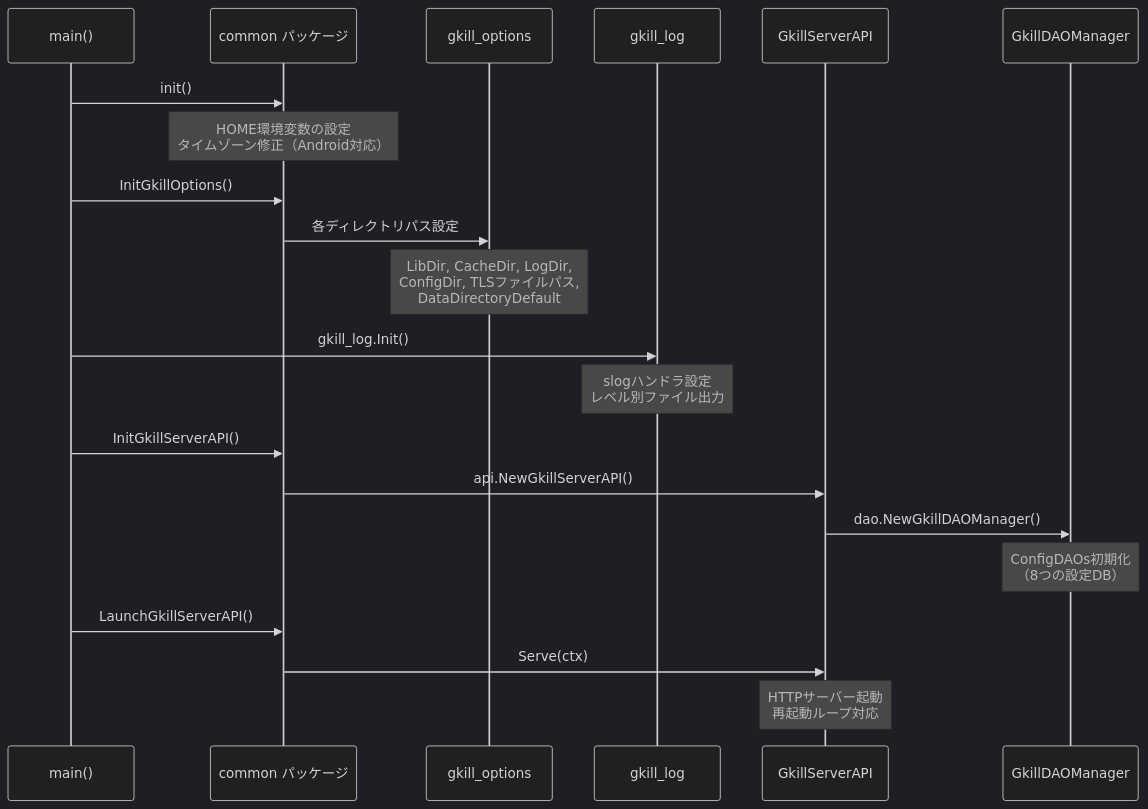
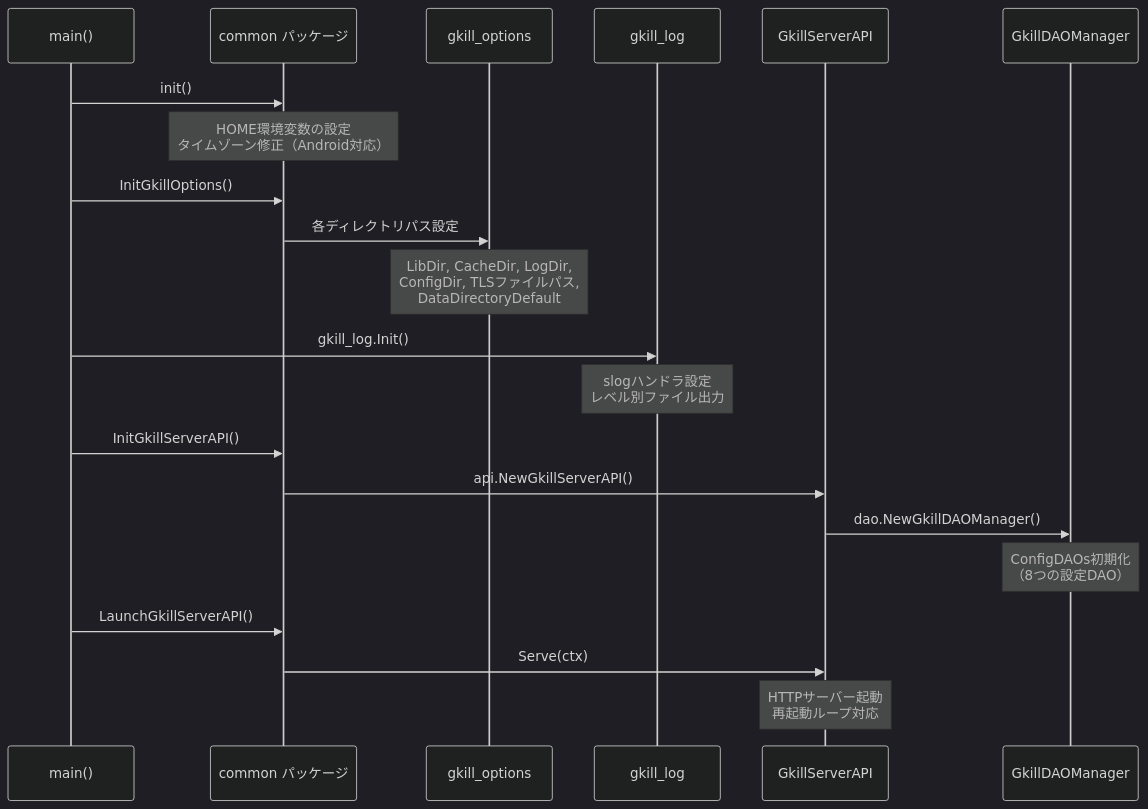
One commit to mt3hr/gkill changed the first of 7 diagrams in documents/reverse/program-spec.md. Above: the diagram before and after it, drawn with Mermaid (dark theme). The commit also changed other lines of this file and 24 other files, not shown here.

````diff
--- a/documents/reverse/program-spec.md
+++ b/documents/reverse/program-spec.md
@@ -22,28 +22,28 @@
 ```mermaid
 sequenceDiagram
     participant Main as main()
     participant Common as common パッケージ
     participant Options as gkill_options
     participant Log as gkill_log
     participant API as GkillServerAPI
     participant DAO as GkillDAOManager
 
     Main->>Common: init()
     Note over Common: HOME環境変数の設定<br/>タイムゾーン修正（Android対応）
 
     Main->>Common: InitGkillOptions()
     Common->>Options: 各ディレクトリパス設定
     Note over Options: LibDir, CacheDir, LogDir,<br/>ConfigDir, TLSファイルパス,<br/>DataDirectoryDefault
 
     Main->>Log: gkill_log.Init()
     Note over Log: slogハンドラ設定<br/>レベル別ファイル出力
 
     Main->>Common: InitGkillServerAPI()
     Common->>API: api.NewGkillServerAPI()
     API->>DAO: dao.NewGkillDAOManager()
-    Note over DAO: ConfigDAOs初期化<br/>（8つの設定DB）
+    Note over DAO: ConfigDAOs初期化<br/>（8つの設定DAO）
 
     Main->>Common: LaunchGkillServerAPI()
     Common->>API: Serve(ctx)
     Note over API: HTTPサーバー起動<br/>再起動ループ対応
 ```
````
